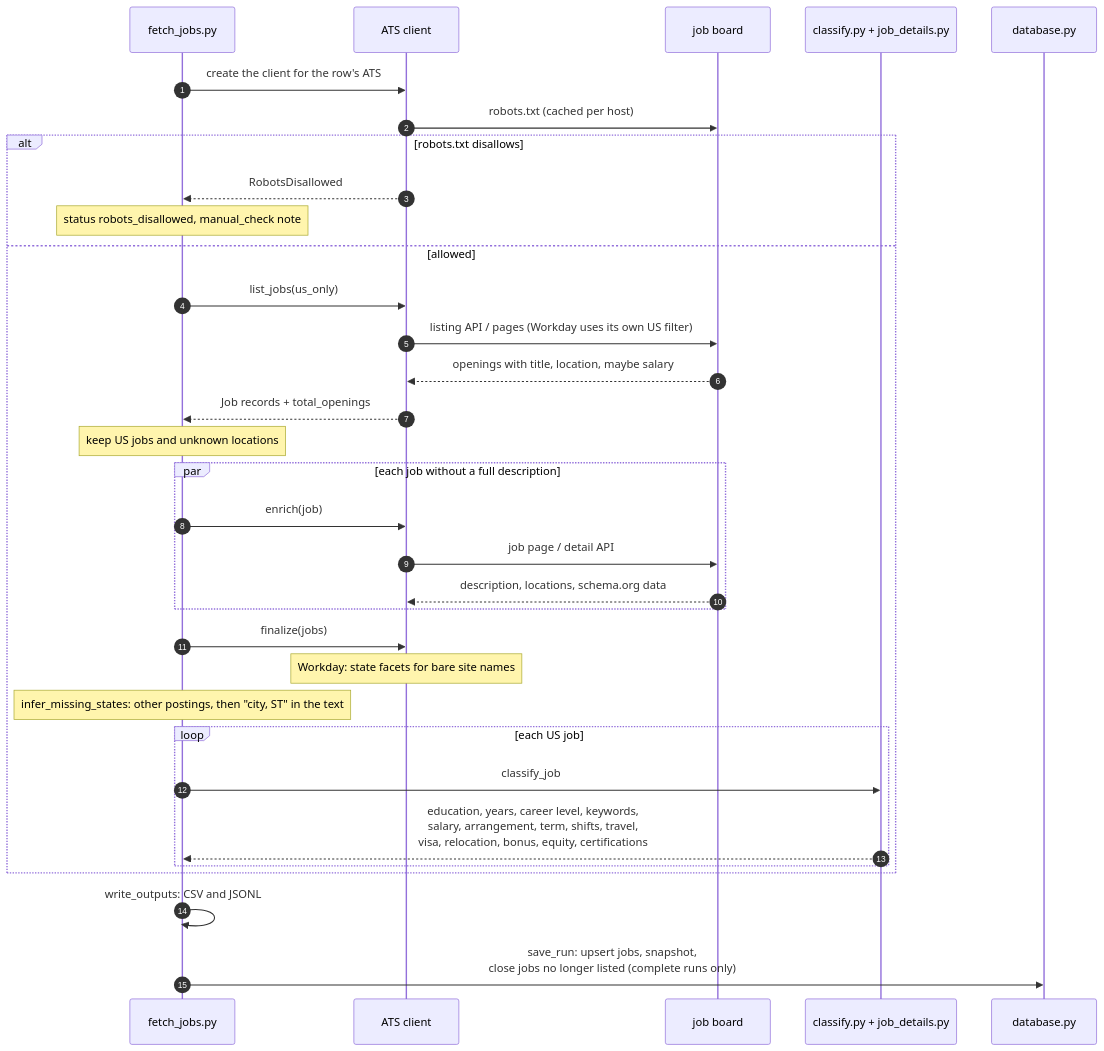
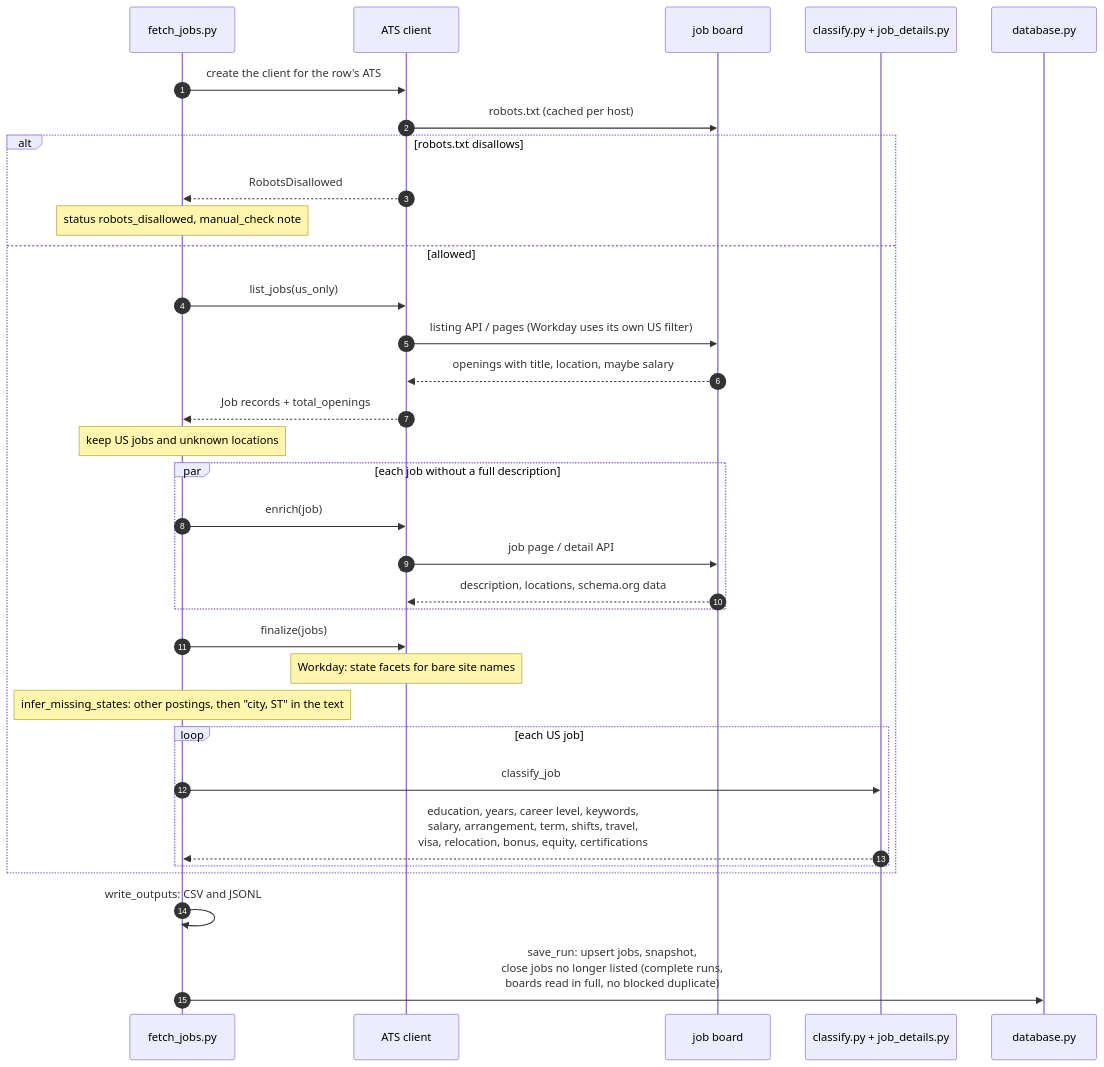
The third of 7 diagrams in ARCHITECTURE.md (gonzalou77/career-sifter), drawn with Mermaid before and after one commit. The commit also changed other lines of this file and 13 other files, not shown here.

````diff
--- a/ARCHITECTURE.md
+++ b/ARCHITECTURE.md
@@ -97,36 +97,36 @@
 ```mermaid
 sequenceDiagram
     autonumber
     participant FJ as fetch_jobs.py
     participant C as ATS client
     participant B as job board
     participant T as classify.py + job_details.py
     participant DB as database.py
 
     FJ->>C: create the client for the row's ATS
     C->>B: robots.txt (cached per host)
     alt robots.txt disallows
         C-->>FJ: RobotsDisallowed
         Note over FJ: status robots_disallowed, manual_check note
     else allowed
         FJ->>C: list_jobs(us_only)
         C->>B: listing API / pages (Workday uses its own US filter)
         B-->>C: openings with title, location, maybe salary
         C-->>FJ: Job records + total_openings
         Note over FJ: keep US jobs and unknown locations
         par each job without a full description
             FJ->>C: enrich(job)
             C->>B: job page / detail API
             B-->>C: description, locations, schema.org data
         end
         FJ->>C: finalize(jobs)
         Note over C: Workday: state facets for bare site names
         Note over FJ: infer_missing_states: other postings, then "city, ST" in the text
         loop each US job
             FJ->>T: classify_job
             T-->>FJ: education, years, career level, keywords,<br/>salary, arrangement, term, shifts, travel,<br/>visa, relocation, bonus, equity, certifications
         end
     end
     FJ->>FJ: write_outputs: CSV and JSONL
-    FJ->>DB: save_run: upsert jobs, snapshot,<br/>close jobs no longer listed (complete runs only)
+    FJ->>DB: save_run: upsert jobs, snapshot,<br/>close jobs no longer listed (complete runs,<br/>boards read in full, no blocked duplicate)
 ```
````
